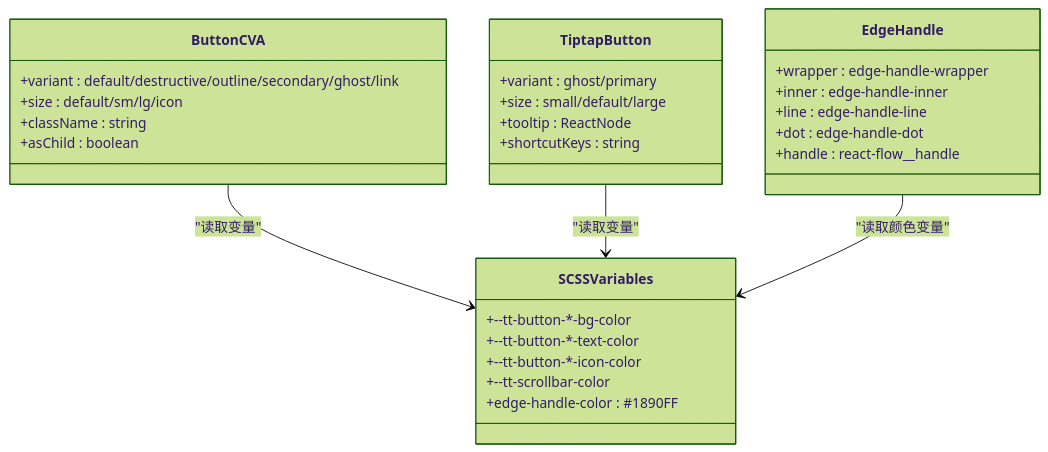
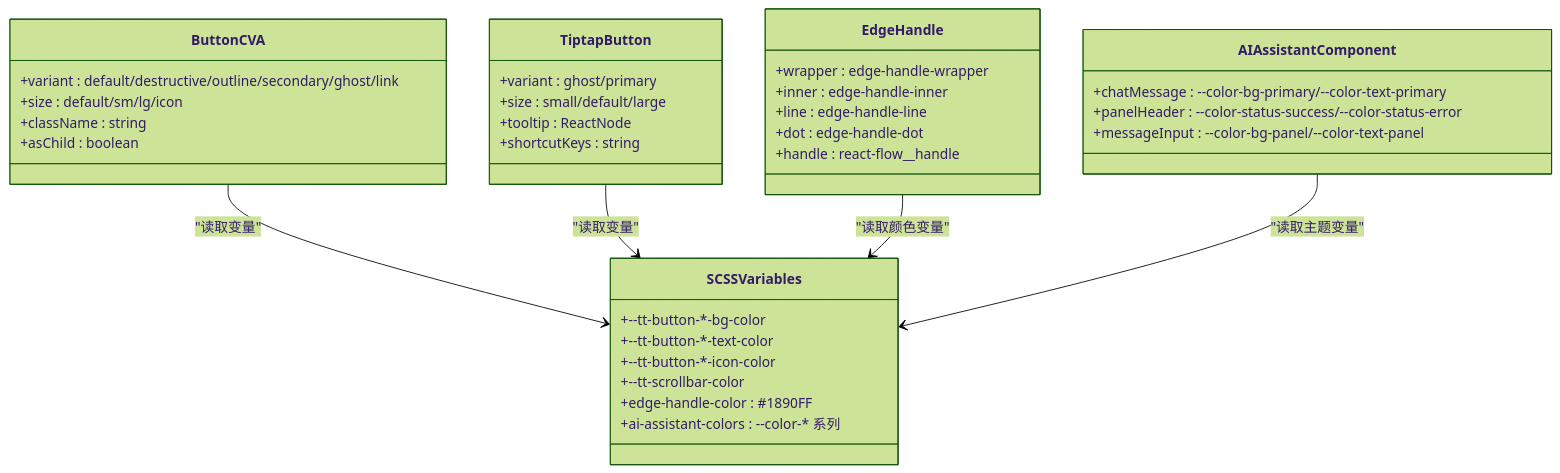
One commit to KunLabAI/KunFlix changed the eighth of 13 diagrams in .qoder/repowiki/zh/content/前端应用架构/UI组件库/主题与样式系统.md. Above: the diagram before and after it, drawn with Mermaid (forest theme). The commit also changed other lines of this file and 14 other files, not shown here.

````diff
--- a/.qoder/repowiki/zh/content/前端应用架构/UI组件库/主题与样式系统.md
+++ b/.qoder/repowiki/zh/content/前端应用架构/UI组件库/主题与样式系统.md
@@ -357,32 +391,39 @@
 ```mermaid
 classDiagram
 class ButtonCVA {
 +variant : default/destructive/outline/secondary/ghost/link
 +size : default/sm/lg/icon
 +className : string
 +asChild : boolean
 }
 class TiptapButton {
 +variant : ghost/primary
 +size : small/default/large
 +tooltip : ReactNode
 +shortcutKeys : string
 }
 class EdgeHandle {
 +wrapper : edge-handle-wrapper
 +inner : edge-handle-inner
 +line : edge-handle-line
 +dot : edge-handle-dot
 +handle : react-flow__handle
 }
+class AIAssistantComponent {
++chatMessage : --color-bg-primary/--color-text-primary
++panelHeader : --color-status-success/--color-status-error
++messageInput : --color-bg-panel/--color-text-panel
+}
 class SCSSVariables {
 +--tt-button-*-bg-color
 +--tt-button-*-text-color
 +--tt-button-*-icon-color
 +--tt-scrollbar-color
 +edge-handle-color : #1890FF
++ai-assistant-colors : --color-* 系列
 }
 ButtonCVA --> SCSSVariables : "读取变量"
 TiptapButton --> SCSSVariables : "读取变量"
 EdgeHandle --> SCSSVariables : "读取颜色变量"
+AIAssistantComponent --> SCSSVariables : "读取主题变量"
 ```
````
